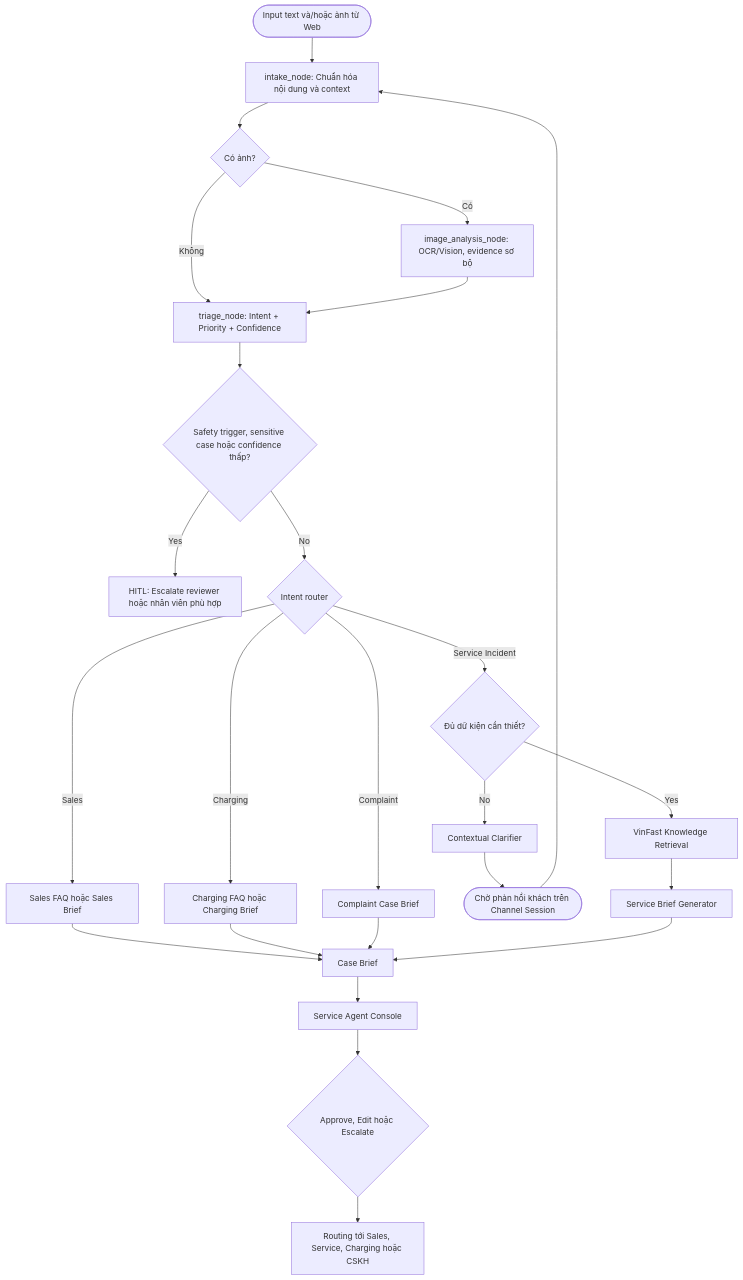
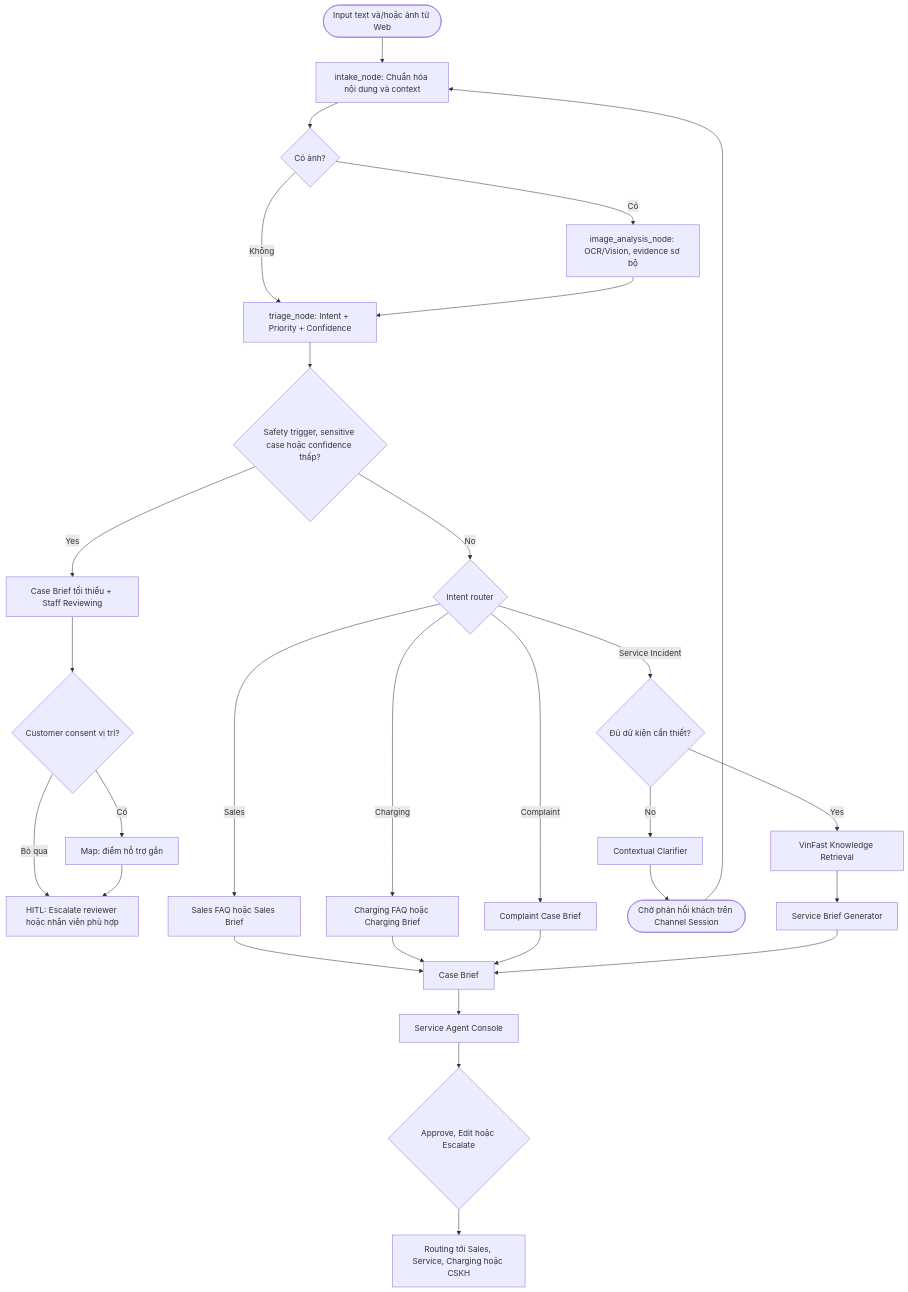
Before and after one commit to TheViet298/viet-ai: the second of 2 diagrams in docs/architecture_diagram.md, drawn with Mermaid. The commit also changed other lines of this file and 442 other files, not shown here.

````diff
--- a/docs/architecture_diagram.md
+++ b/docs/architecture_diagram.md
@@ -92,34 +98,38 @@
 ```mermaid
 graph TD
     START([Input text và/hoặc ảnh từ Web]) --> intake[intake_node: Chuẩn hóa nội dung và context]
     intake --> image{Có ảnh?}
     image -->|Có| vision[image_analysis_node: OCR/Vision, evidence sơ bộ]
     image -->|Không| triage
     vision --> triage[triage_node: Intent + Priority + Confidence]
 
     triage --> safety{Safety trigger, sensitive case hoặc confidence thấp?}
-    safety -- Yes --> hitl[HITL: Escalate reviewer hoặc nhân viên phù hợp]
+    safety -- Yes --> critical_brief[Case Brief tối thiểu + Staff Reviewing]
+    critical_brief --> location_consent{Customer consent vị trí?}
+    location_consent -->|Có| map[Map: điểm hỗ trợ gần]
+    location_consent -->|Bỏ qua| hitl[HITL: Escalate reviewer hoặc nhân viên phù hợp]
+    map --> hitl
 
     safety -- No --> route{Intent router}
 
     route -- Sales --> sales_rag[Sales FAQ hoặc Sales Brief]
     route -- Charging --> charging_rag[Charging FAQ hoặc Charging Brief]
     route -- Complaint --> complaint_brief[Complaint Case Brief]
     route -- Service Incident --> slot{Đủ dữ kiện cần thiết?}
 
     slot -- No --> clarify[Contextual Clarifier]
     clarify --> wait([Chờ phản hồi khách trên Channel Session])
     wait --> intake
 
     slot -- Yes --> service_rag[VinFast Knowledge Retrieval]
     service_rag --> service_brief[Service Brief Generator]
 
     sales_rag --> case_brief[Case Brief]
     charging_rag --> case_brief
     complaint_brief --> case_brief
     service_brief --> case_brief
 
     case_brief --> console[Service Agent Console]
     console --> reviewer{Approve, Edit hoặc Escalate}
     reviewer --> dispatch[Routing tới Sales, Service, Charging hoặc CSKH]
 ```
````
